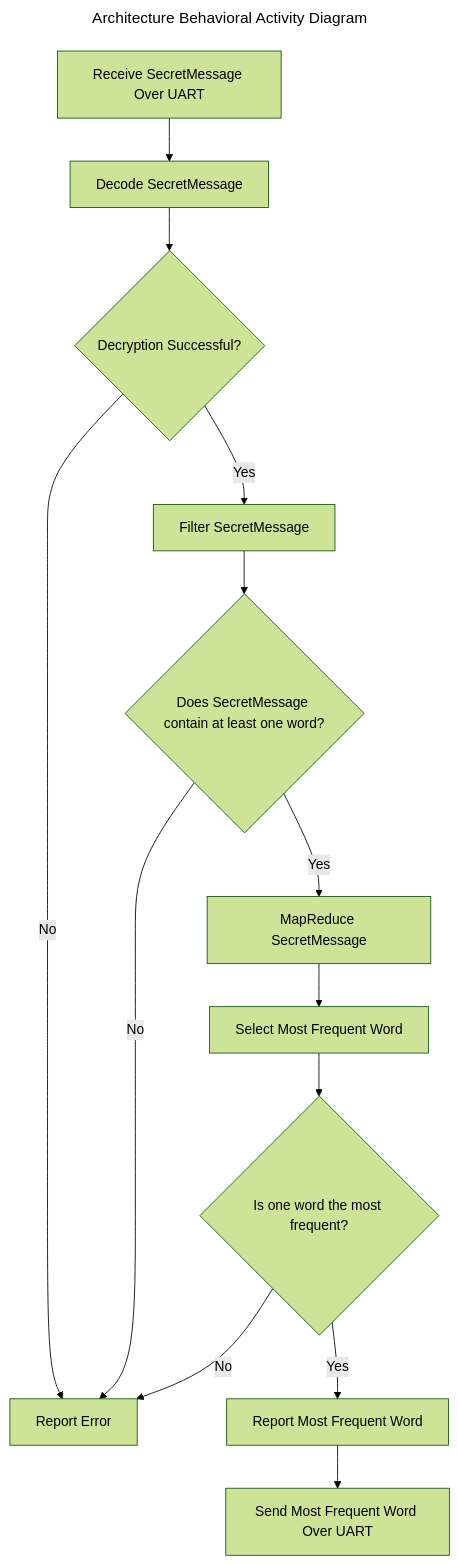
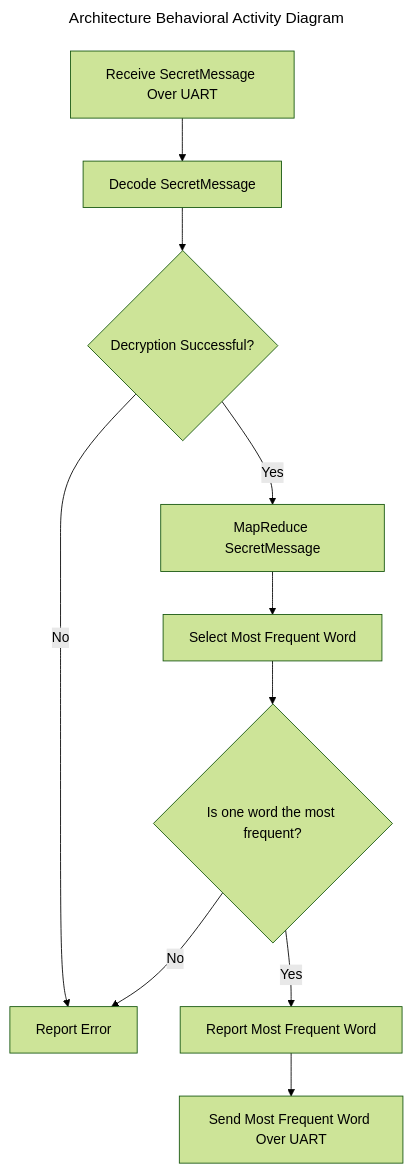
One commit to Junale/erts-a1 changed the third of 7 diagrams in exam-project/mermaid -diagrams.md. Above: the diagram before and after it, drawn with Mermaid (forest theme). The commit also changed other lines of this file, not shown here.

Commit message:
refactor diagrams: clean up relationships and remove unnecessary components; add asynchronous and synchronous design class diagrams

````diff
--- a/exam-project/mermaid -diagrams.md
+++ b/exam-project/mermaid -diagrams.md
@@ -58,18 +55,15 @@
 ```mermaid
 ---
     title: Architecture Behavioral Activity Diagram
 ---
 flowchart TB
     A[Receive SecretMessage Over UART] --> B[Decode SecretMessage]
     B --> C{Decryption Successful?}
     C -->|No| F[Report Error]
-    C -->|Yes| D[Filter SecretMessage]
-    D --> E{Does SecretMessage contain at least one word?}
-    E -->|No| F[Report Error]
-    E -->|Yes| G[MapReduce SecretMessage]
+    C -->|Yes| G[MapReduce SecretMessage]
     G --> H[Select Most Frequent Word]
     H --> I{Is one word the most frequent?}
     I -->|No| F[Report Error]
     I -->|Yes| J[Report Most Frequent Word]
     J --> K[Send Most Frequent Word Over UART]
 ```
````
